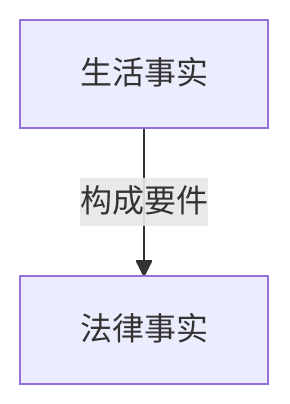
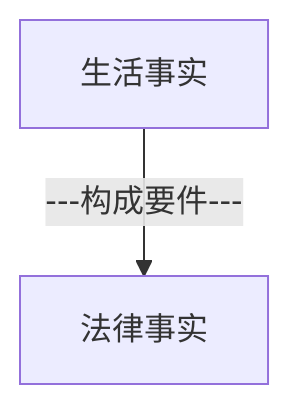
The first of 2 diagrams in 课堂笔记/民法笔记/金可可民法/民法总则/法律事实、法律行为与代理/法律关系之变动与法律事实/法律关系（权利）变动之原因：法律事实.md (fish-forget-senven/law-obsidian), drawn with Mermaid before and after one commit. The commit also changed other lines of this file and 4 other files, not shown here.

````diff
--- a/课堂笔记/民法笔记/金可可民法/民法总则/法律事实、法律行为与代理/法律关系之变动与法律事实/法律关系（权利）变动之原因：法律事实.md
+++ b/课堂笔记/民法笔记/金可可民法/民法总则/法律事实、法律行为与代理/法律关系之变动与法律事实/法律关系（权利）变动之原因：法律事实.md
@@ -4,4 +4,4 @@
 ```mermaid
 flowchart TB
-生活事实--构成要件-->法律事实
-```
+生活事实--"---构成要件---"-->法律事实
+``` 
````
